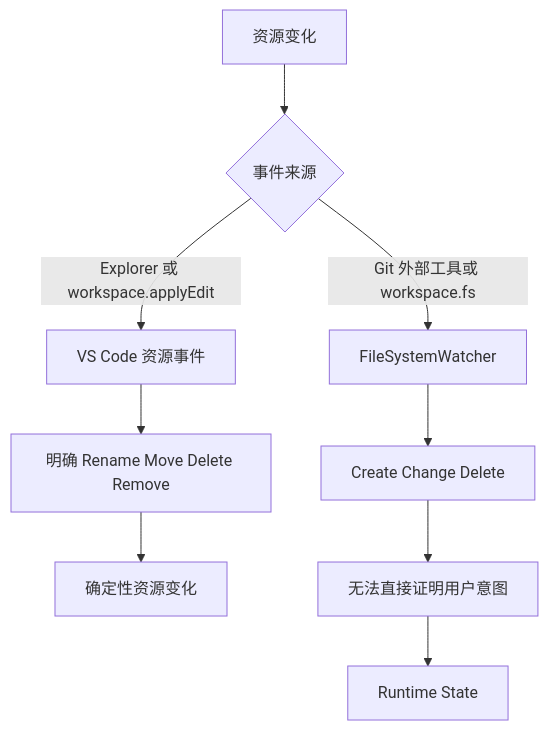
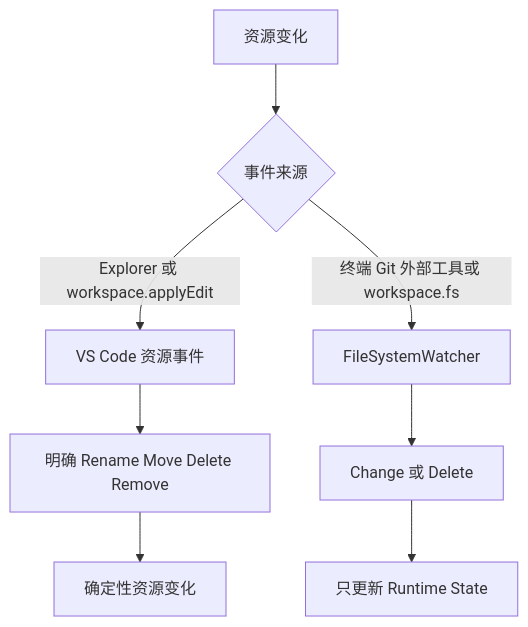
The first of 2 diagrams in .czaza/architecture-notes/diagrams/resource-change-handling.md (Leo7805/czaza), drawn with Mermaid before and after one commit. The commit also changed other lines of this file and 23 other files, not shown here.

Commit message:
docs(architecture): define external watcher change handling

````diff
--- a/.czaza/architecture-notes/diagrams/resource-change-handling.md
+++ b/.czaza/architecture-notes/diagrams/resource-change-handling.md
@@ -16,11 +16,10 @@
 ```mermaid
 flowchart TD
     A[资源变化] --> B{事件来源}
     B -->|Explorer 或 workspace.applyEdit| C[VS Code 资源事件]
     C --> D[明确 Rename Move Delete Remove]
     D --> E[确定性资源变化]
-    B -->|Git 外部工具或 workspace.fs| F[FileSystemWatcher]
-    F --> G[Create Change Delete]
-    G --> H[无法直接证明用户意图]
-    H --> I[Runtime State]
+    B -->|终端 Git 外部工具或 workspace.fs| F[FileSystemWatcher]
+    F --> G[Change 或 Delete]
+    G --> H[只更新 Runtime State]
 ```
````
